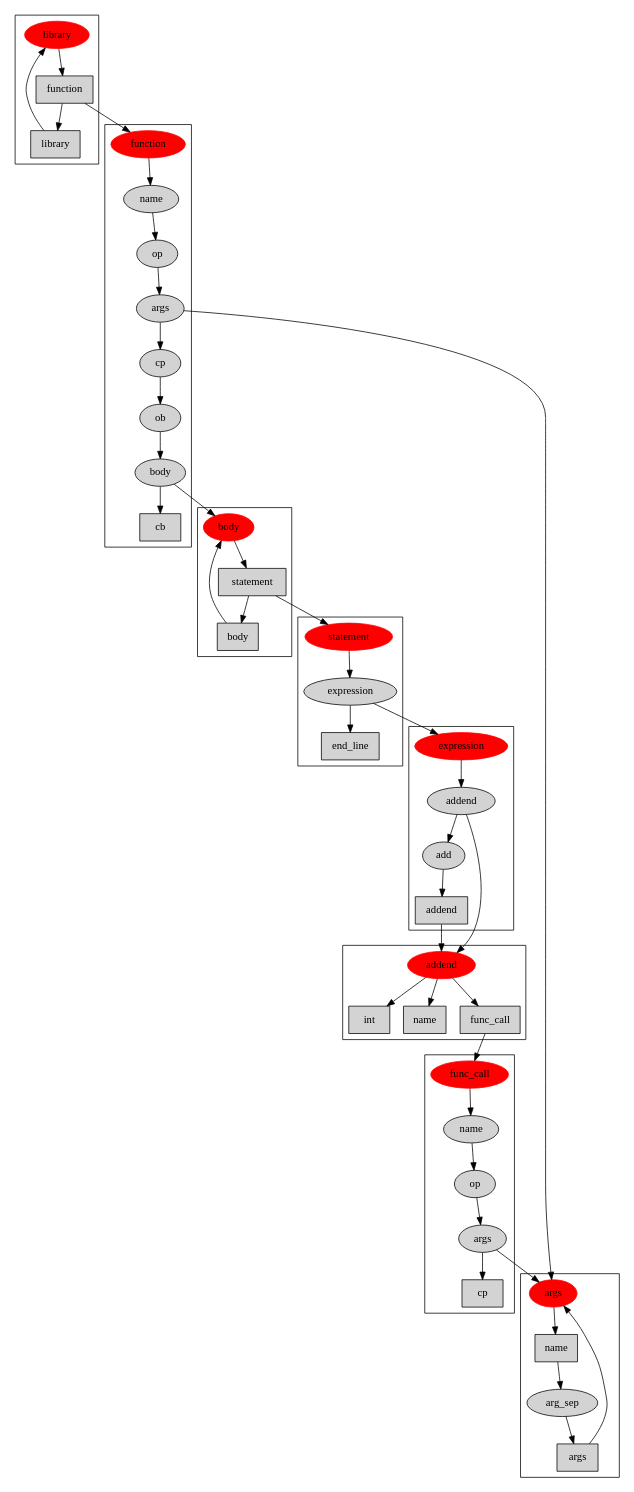
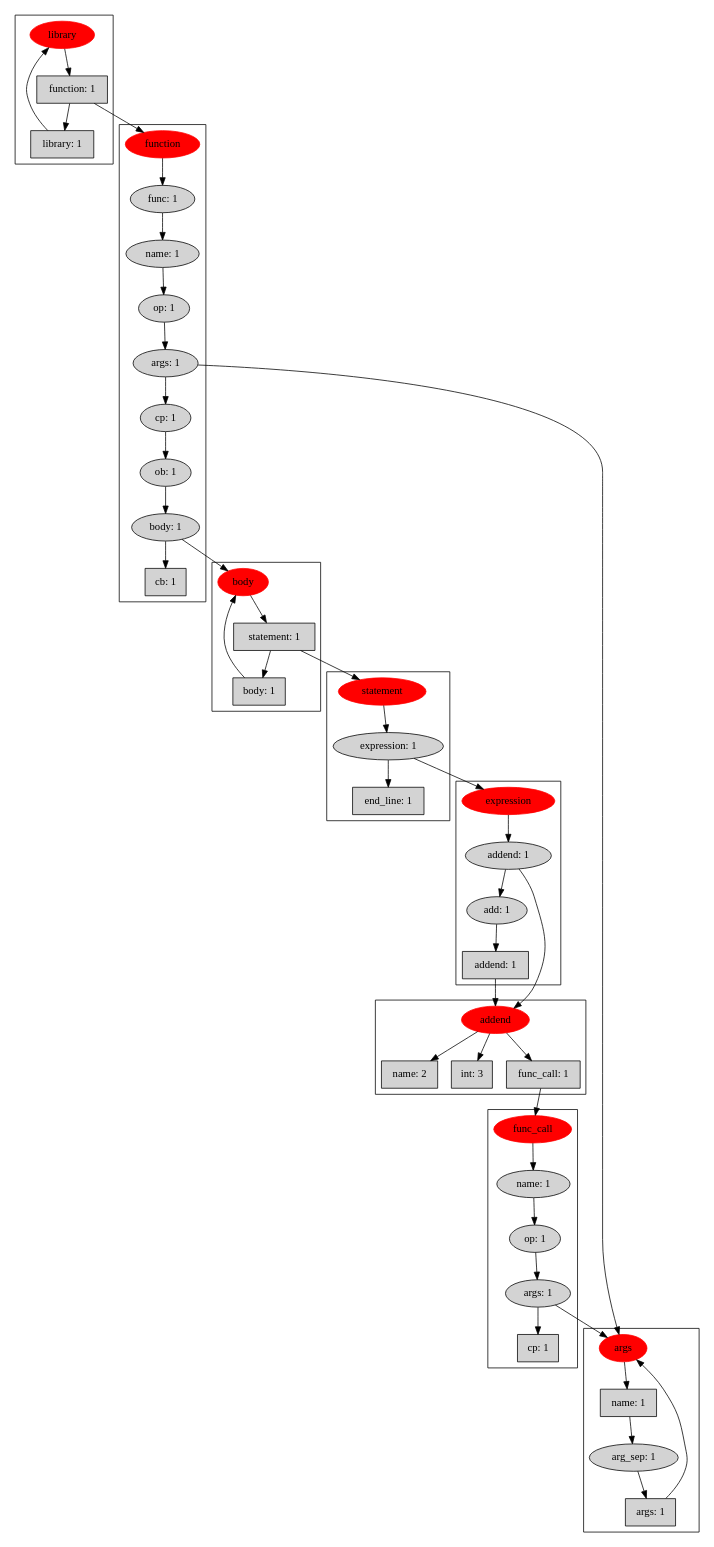
Before and after one commit to sebwyn/seb_lang: the diagram in ast.dot, drawn with Graphviz. The commit also changed 12 other files, not shown here.

```diff
--- a/ast.dot
+++ b/ast.dot
@@ -1,90 +1,92 @@
 digraph AST {
 	subgraph cluster_function {
 		function [style = filled; color = red;]
-		function_1 [label = "name"; style = filled; shape = "ellipse"]
-		function_2 [label = "op"; style = filled; shape = "ellipse"]
-		function_3 [label = "args"; style = filled; shape = "ellipse"]
-		function_4 [label = "cp"; style = filled; shape = "ellipse"]
-		function_5 [label = "ob"; style = filled; shape = "ellipse"]
-		function_6 [label = "body"; style = filled; shape = "ellipse"]
-		function_7 [label = "cb"; style = filled; shape = "box"]
+		function_1 [label = "func: 1"; style = filled; shape = "ellipse"]
+		function_2 [label = "name: 1"; style = filled; shape = "ellipse"]
+		function_3 [label = "op: 1"; style = filled; shape = "ellipse"]
+		function_4 [label = "args: 1"; style = filled; shape = "ellipse"]
+		function_5 [label = "cp: 1"; style = filled; shape = "ellipse"]
+		function_6 [label = "ob: 1"; style = filled; shape = "ellipse"]
+		function_7 [label = "body: 1"; style = filled; shape = "ellipse"]
+		function_8 [label = "cb: 1"; style = filled; shape = "box"]
 		function -> function_1
 		function_1 -> function_2
 		function_2 -> function_3
 		function_3 -> function_4
 		function_4 -> function_5
 		function_5 -> function_6
 		function_6 -> function_7
+		function_7 -> function_8
 		}
-	function_3 -> args
-	function_6 -> body
+	function_4 -> args
+	function_7 -> body
+	subgraph cluster_addend {
+		addend [style = filled; color = red;]
+		addend_1 [label = "name: 2"; style = filled; shape = "box"]
+		addend_2 [label = "int: 3"; style = filled; shape = "box"]
+		addend_3 [label = "func_call: 1"; style = filled; shape = "box"]
+		addend -> addend_1
+		addend -> addend_2
+		addend -> addend_3
+		}
+	addend_3 -> func_call
 	subgraph cluster_body {
 		body [style = filled; color = red;]
-		body_1 [label = "statement"; style = filled; shape = "box"]
-		body_2 [label = "body"; style = filled; shape = "box"]
+		body_1 [label = "statement: 1"; style = filled; shape = "box"]
+		body_2 [label = "body: 1"; style = filled; shape = "box"]
 		body -> body_1
 		body_1 -> body_2
 		}
 	body_1 -> statement
 	body_2 -> body
-	subgraph cluster_addend {
-		addend [style = filled; color = red;]
-		addend_1 [label = "int"; style = filled; shape = "box"]
-		addend_2 [label = "name"; style = filled; shape = "box"]
-		addend_3 [label = "func_call"; style = filled; shape = "box"]
-		addend -> addend_1
-		addend -> addend_2
-		addend -> addend_3
+	subgraph cluster_statement {
+		statement [style = filled; color = red;]
+		statement_1 [label = "expression: 1"; style = filled; shape = "ellipse"]
+		statement_2 [label = "end_line: 1"; style = filled; shape = "box"]
+		statement -> statement_1
+		statement_1 -> statement_2
 		}
-	addend_3 -> func_call
+	statement_1 -> expression
+	subgraph cluster_args {
+		args [style = filled; color = red;]
+		args_1 [label = "name: 1"; style = filled; shape = "box"]
+		args_2 [label = "arg_sep: 1"; style = filled; shape = "ellipse"]
+		args_3 [label = "args: 1"; style = filled; shape = "box"]
+		args -> args_1
+		args_1 -> args_2
+		args_2 -> args_3
+		}
+	args_3 -> args
+	subgraph cluster_library {
+		library [style = filled; color = red;]
+		library_1 [label = "function: 1"; style = filled; shape = "box"]
+		library_2 [label = "library: 1"; style = filled; shape = "box"]
+		library -> library_1
+		library_1 -> library_2
+		}
+	library_1 -> function
+	library_2 -> library
 	subgraph cluster_func_call {
 		func_call [style = filled; color = red;]
-		func_call_1 [label = "name"; style = filled; shape = "ellipse"]
-		func_call_2 [label = "op"; style = filled; shape = "ellipse"]
-		func_call_3 [label = "args"; style = filled; shape = "ellipse"]
-		func_call_4 [label = "cp"; style = filled; shape = "box"]
+		func_call_1 [label = "name: 1"; style = filled; shape = "ellipse"]
+		func_call_2 [label = "op: 1"; style = filled; shape = "ellipse"]
+		func_call_3 [label = "args: 1"; style = filled; shape = "ellipse"]
+		func_call_4 [label = "cp: 1"; style = filled; shape = "box"]
 		func_call -> func_call_1
 		func_call_1 -> func_call_2
 		func_call_2 -> func_call_3
 		func_call_3 -> func_call_4
 		}
 	func_call_3 -> args
-	subgraph cluster_library {
-		library [style = filled; color = red;]
-		library_1 [label = "function"; style = filled; shape = "box"]
-		library_2 [label = "library"; style = filled; shape = "box"]
-		library -> library_1
-		library_1 -> library_2
-		}
-	library_1 -> function
-	library_2 -> library
-	subgraph cluster_statement {
-		statement [style = filled; color = red;]
-		statement_1 [label = "expression"; style = filled; shape = "ellipse"]
-		statement_2 [label = "end_line"; style = filled; shape = "box"]
-		statement -> statement_1
-		statement_1 -> statement_2
-		}
-	statement_1 -> expression
 	subgraph cluster_expression {
 		expression [style = filled; color = red;]
-		expression_1 [label = "addend"; style = filled; shape = "ellipse"]
-		expression_2 [label = "add"; style = filled; shape = "ellipse"]
-		expression_3 [label = "addend"; style = filled; shape = "box"]
+		expression_1 [label = "addend: 1"; style = filled; shape = "ellipse"]
+		expression_2 [label = "add: 1"; style = filled; shape = "ellipse"]
+		expression_3 [label = "addend: 1"; style = filled; shape = "box"]
 		expression -> expression_1
 		expression_1 -> expression_2
 		expression_2 -> expression_3
 		}
 	expression_1 -> addend
 	expression_3 -> addend
-	subgraph cluster_args {
-		args [style = filled; color = red;]
-		args_1 [label = "name"; style = filled; shape = "box"]
-		args_2 [label = "arg_sep"; style = filled; shape = "ellipse"]
-		args_3 [label = "args"; style = filled; shape = "box"]
-		args -> args_1
-		args_1 -> args_2
-		args_2 -> args_3
-		}
-	args_3 -> args
 }
```
